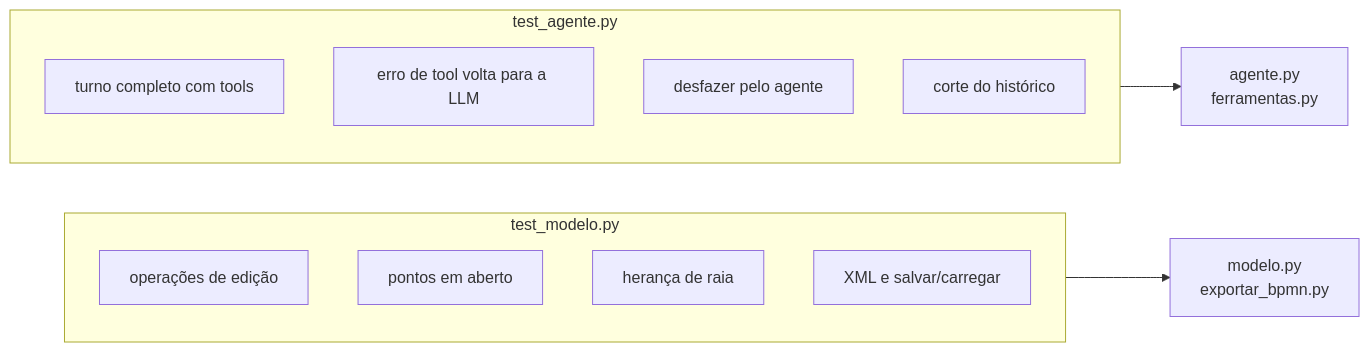
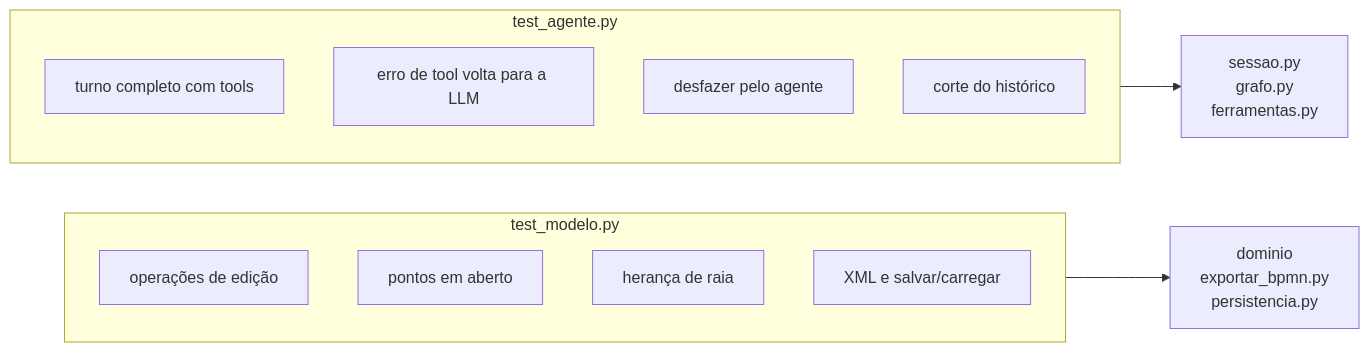
The diagram in docs/pecas/testes.md (arthurparahyba/bpmn-agent), drawn with Mermaid before and after one commit. The commit also changed other lines of this file and 16 other files, not shown here.

````diff
--- a/docs/pecas/testes.md
+++ b/docs/pecas/testes.md
@@ -17,17 +17,17 @@
 ```mermaid
 flowchart LR
     subgraph tm["test_modelo.py"]
         M1["operações de edição"]
         M2["pontos em aberto"]
         M3["herança de raia"]
         M4["XML e salvar/carregar"]
     end
     subgraph ta["test_agente.py"]
         A1["turno completo com tools"]
         A2["erro de tool volta para a LLM"]
         A3["desfazer pelo agente"]
         A4["corte do histórico"]
     end
-    tm --> MOD["modelo.py<br/>exportar_bpmn.py"]
-    ta --> AG["agente.py<br/>ferramentas.py"]
+    tm --> MOD["dominio<br/>exportar_bpmn.py<br/>persistencia.py"]
+    ta --> AG["sessao.py<br/>grafo.py<br/>ferramentas.py"]
 ```
````
